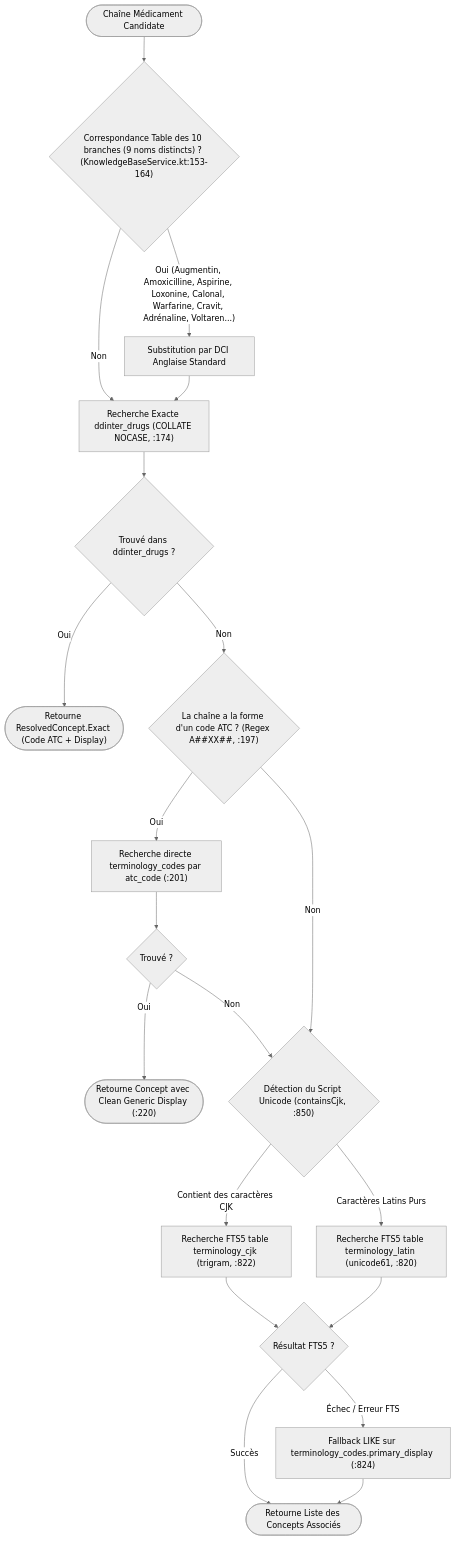
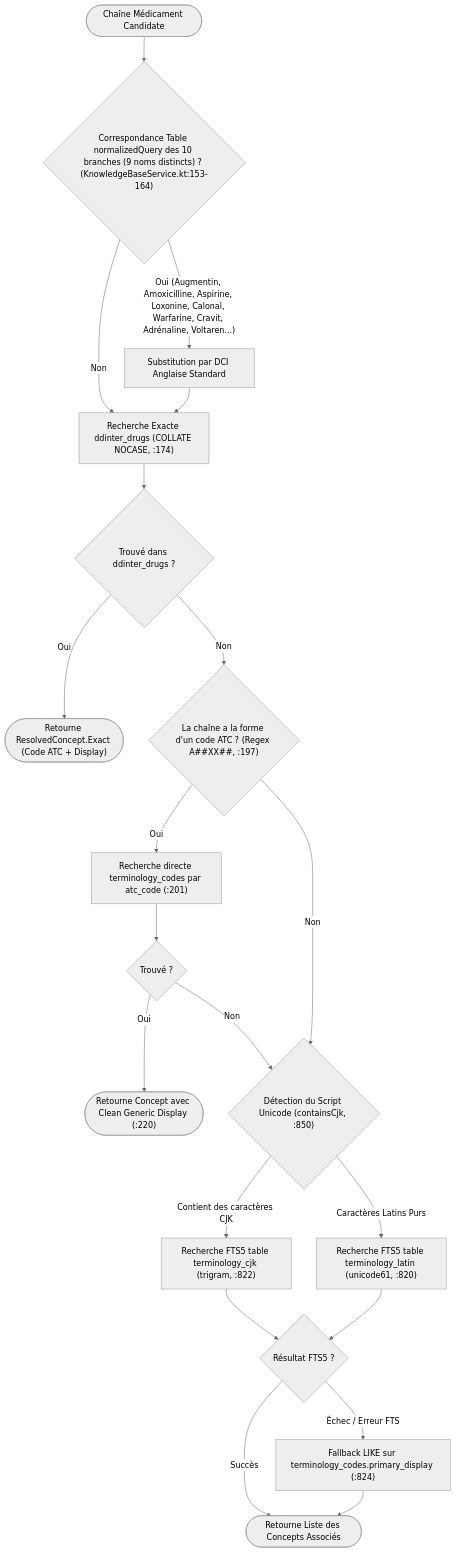
Before and after one commit to kurodohenroonsen/JemmaPass: diagram 18 of 21 in docs/DOCUMENTATION_UML_FONCTIONNELLE.md, drawn with Mermaid (neutral theme). The commit also changed other lines of this file and 2 other files, not shown here.

````diff
--- a/docs/DOCUMENTATION_UML_FONCTIONNELLE.md
+++ b/docs/DOCUMENTATION_UML_FONCTIONNELLE.md
@@ -825,30 +828,30 @@
 ```mermaid
 flowchart TD
-    Start(["Chaîne Médicament Candidate"]) --> NormalizeHardcoded{"Correspondance Table des 10 branches (9 noms distincts) ? (KnowledgeBaseService.kt:153-164)"}
+    Start(["Chaîne Médicament Candidate"]) --> NormalizeHardcoded{"Correspondance Table normalizedQuery des 10 branches (9 noms distincts) ? (KnowledgeBaseService.kt:153-164)"}
     
     NormalizeHardcoded -- "Oui (Augmentin, Amoxicilline, Aspirine, Loxonine, Calonal, Warfarine, Cravit, Adrénaline, Voltaren...)" --> MapEnglish["Substitution par DCI Anglaise Standard"]
     NormalizeHardcoded -- Non --> ExactLookup["Recherche Exacte ddinter_drugs (COLLATE NOCASE, :174)"]
     
     MapEnglish --> ExactLookup
     ExactLookup --> FoundExact{"Trouvé dans ddinter_drugs ?"}
     
     FoundExact -- Oui --> ReturnExact(["Retourne ResolvedConcept.Exact (Code ATC + Display)"])
     FoundExact -- Non --> RegexAtc{"La chaîne a la forme d'un code ATC ? (Regex A##XX##, :197)"}
     
     RegexAtc -- Oui --> LookupTermCodes["Recherche directe terminology_codes par atc_code (:201)"]
     LookupTermCodes --> FoundTerm{"Trouvé ?"}
     FoundTerm -- Oui --> ReturnTerm(["Retourne Concept avec Clean Generic Display (:220)"])
     FoundTerm -- Non --> SearchScript{"Détection du Script Unicode (containsCjk, :850)"}
     
     RegexAtc -- Non --> SearchScript
     
     SearchScript -- "Contient des caractères CJK" --> QueryFTSCJK["Recherche FTS5 table terminology_cjk (trigram, :822)"]
     SearchScript -- "Caractères Latins Purs" --> QueryFTSLatin["Recherche FTS5 table terminology_latin (unicode61, :820)"]
     
     QueryFTSCJK --> FtsSuccess{"Résultat FTS5 ?"}
     QueryFTSLatin --> FtsSuccess
     
     FtsSuccess -- Succès --> ReturnFts(["Retourne Liste des Concepts Associés"])
     FtsSuccess -- Échec / Erreur FTS --> FallbackLike["Fallback LIKE sur terminology_codes.primary_display (:824)"]
     FallbackLike --> ReturnFts
 ```
````
